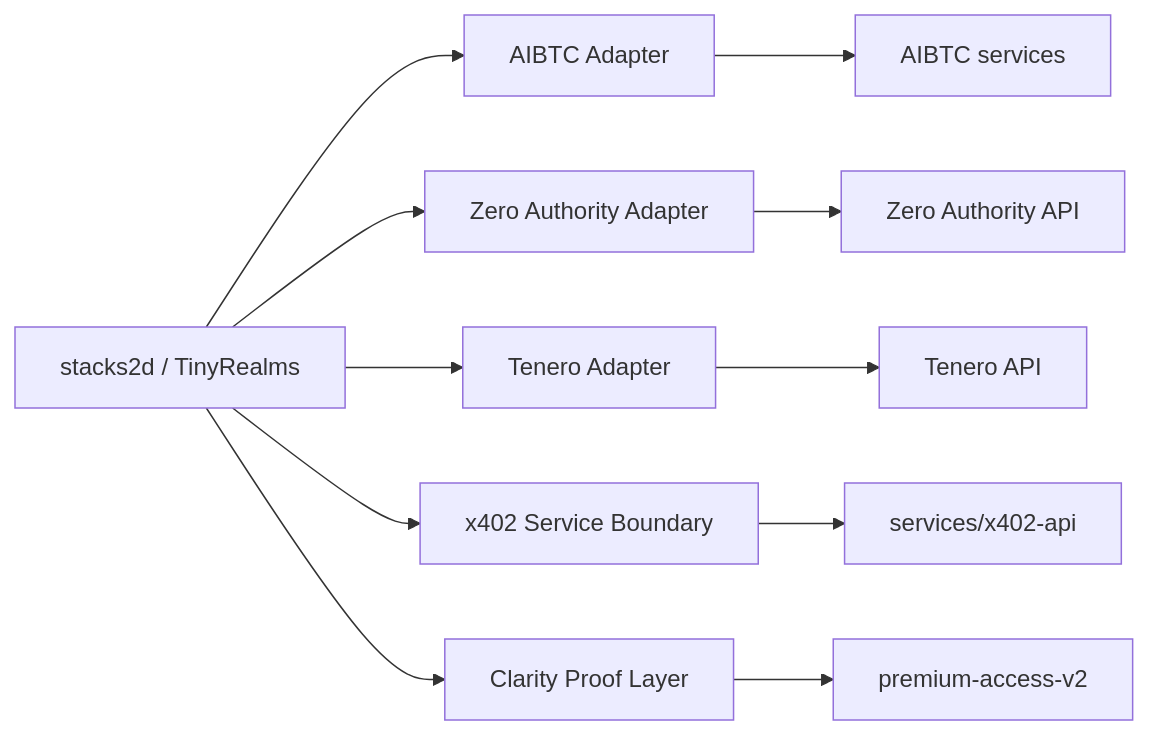
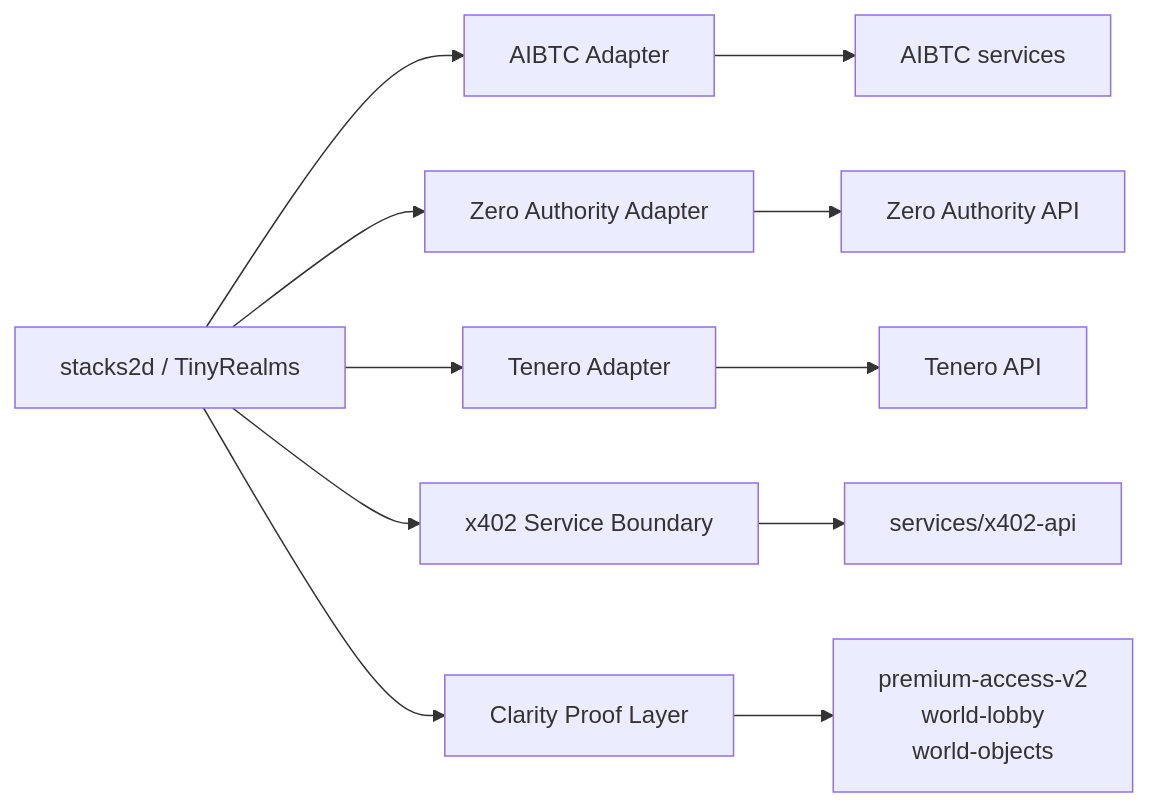
Before and after one commit to retroverse404/---stacks2d-dungeons-agents: the third of 12 diagrams in docs/Stacks2D-Architecture.md, drawn with Mermaid. The commit also changed other lines of this file and 10 other files, not shown here.

````diff
--- a/docs/Stacks2D-Architecture.md
+++ b/docs/Stacks2D-Architecture.md
@@ -99,13 +101,13 @@
 ```mermaid
 flowchart LR
   G[stacks2d / TinyRealms] --> X[AIBTC Adapter]
   G --> Z[Zero Authority Adapter]
   G --> T[Tenero Adapter]
   G --> P[x402 Service Boundary]
   G --> C[Clarity Proof Layer]
   X --> AX[AIBTC services]
   Z --> ZX[Zero Authority API]
   T --> TX[Tenero API]
   P --> PX[services/x402-api]
-  C --> CX[premium-access-v2]
+  C --> CX[premium-access-v2<br/>world-lobby<br/>world-objects]
 ```
````
